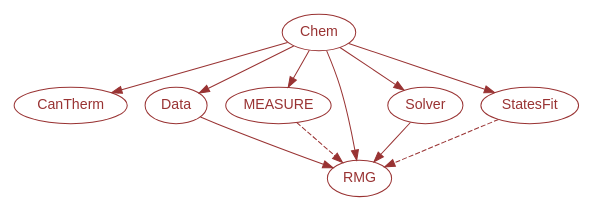
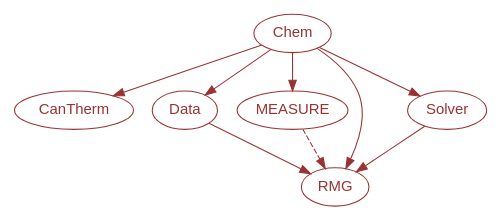
Before and after one commit to ReactionMechanismGenerator/RMG-Py: the diagram in documentation/source/dependency.dot, drawn with Graphviz. The commit also changed 2 other files, not shown here.

Commit message:
Removed statesfit from dependency figure in documentation.
The statesfit subpackage was recently deleted.

```diff
--- a/documentation/source/dependency.dot
+++ b/documentation/source/dependency.dot
@@ -1,29 +1,26 @@
 // This directed graph indicates the dependency tree for the RMG Py subprojects.
 // Required dependencies are indicated with a solid arrow
 // Optional dependencies are indicated with a dashed arrow
 
 digraph graphname {
     
-    size="6,4";
+    size="5,3";
     
     CanTherm    [color="#993333",fontcolor="#993333",fontname="sans-serif"];
     Chem        [color="#993333",fontcolor="#993333",fontname="sans-serif"];
     Data        [color="#993333",fontcolor="#993333",fontname="sans-serif"];
     MEASURE     [color="#993333",fontcolor="#993333",fontname="sans-serif"];
     RMG         [color="#993333",fontcolor="#993333",fontname="sans-serif"];
     Solver      [color="#993333",fontcolor="#993333",fontname="sans-serif"];
-    StatesFit   [color="#993333",fontcolor="#993333",fontname="sans-serif"];
     
     Chem -> CanTherm [color="#993333"];
     Chem -> Data [color="#993333"];
     Chem -> MEASURE [color="#993333"];
     Chem -> RMG [color="#993333"];
     Chem -> Solver [color="#993333"];
-    Chem -> StatesFit [color="#993333"];
      
     Data -> RMG [color="#993333"];
     MEASURE -> RMG [color="#993333",style=dashed];
     Solver -> RMG [color="#993333"];
-    StatesFit -> RMG [color="#993333",style=dashed];
     
 }
```
